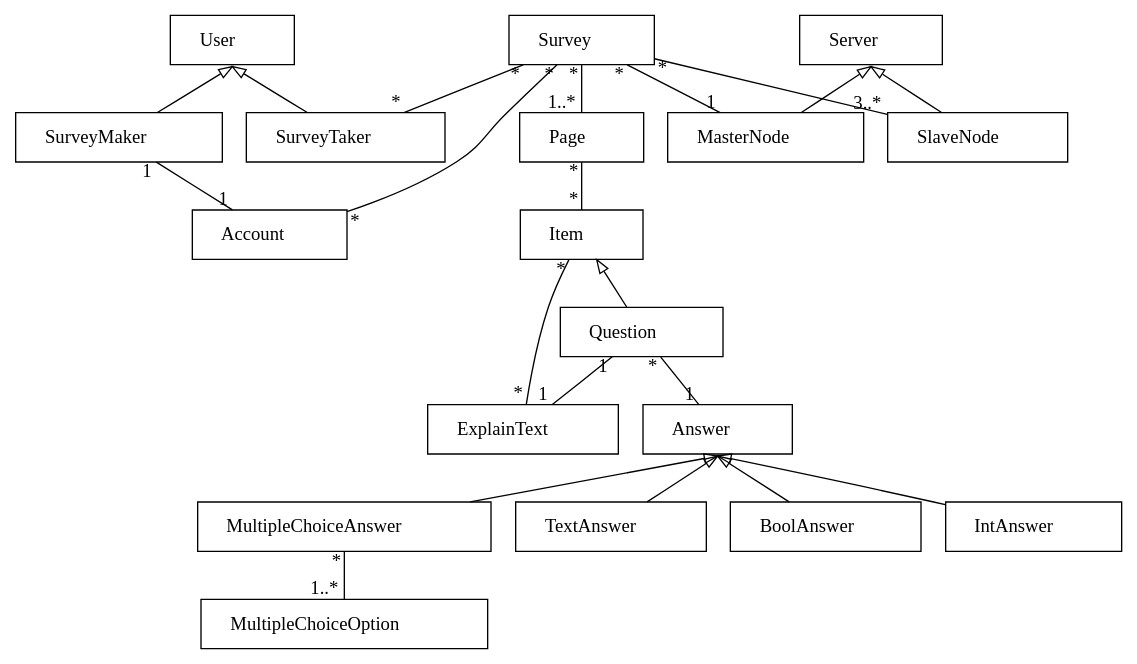
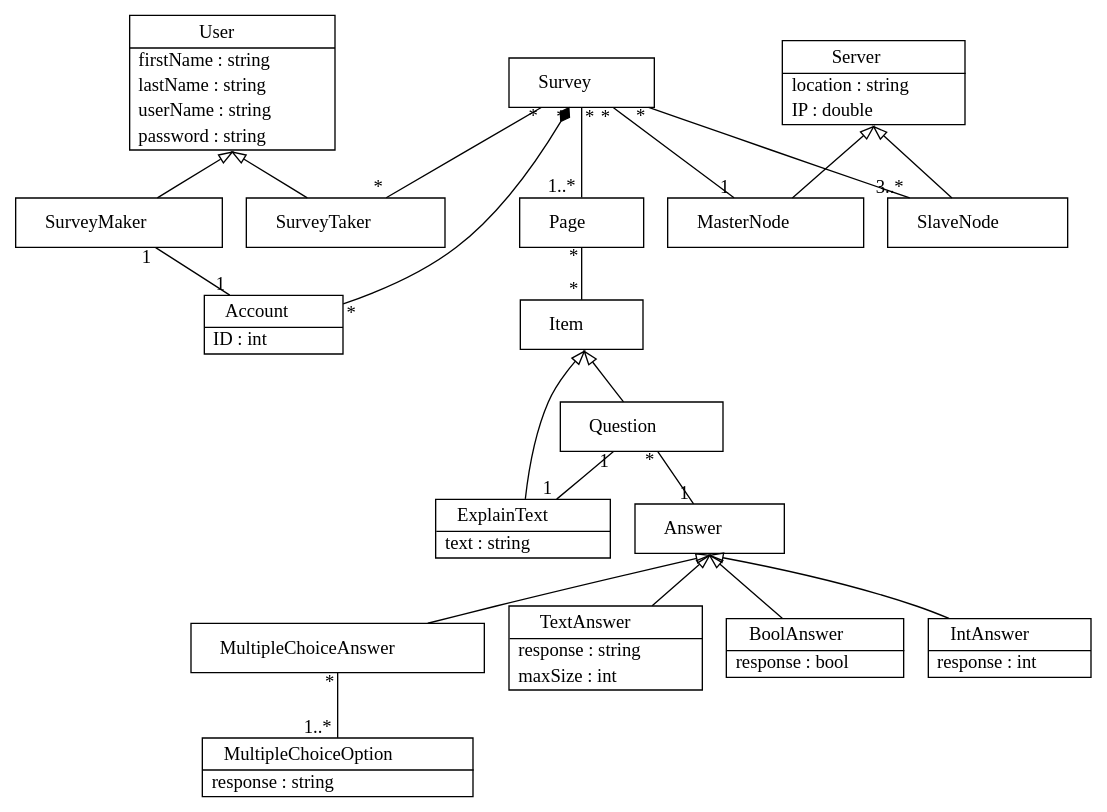
Before and after one commit to fletchto99/SEG2105: the diagram in Assignments/Assignment 4/Survey_Class_Diagramcd.gv, drawn with Graphviz. The commit also changed 5 other files, not shown here.

```diff
--- a/Assignments/Assignment 4/Survey_Class_Diagramcd.gv
+++ b/Assignments/Assignment 4/Survey_Class_Diagramcd.gv
@@ -1,128 +1,129 @@
 // Code generated by Umple 1.22.0.5146
 
 digraph "Survey_Class_Diagram" {
   size="80,10"
   rankdir="BT"
   node [shape=record margin=0; href="javascript:Action.selectClass(&quot;\N&quot;);"];
 
   // Class: User
-  "User" [shape=plaintext margin=0 label=<<table border="1" cellspacing="0" cellborder="0" cellpadding="10"><tr><td>    User    </td></tr></table>>,
+  "User" [shape=plaintext margin=0 label=<<table border="1" cellspacing="0" cellborder="0" cellpadding="2"><tr><td cellpadding="4">    User    </td></tr><hr/><tr><td align="left" href="" title="string firstName&#13;">  firstName : string  </td></tr><tr><td align="left" href="" title="string lastName&#13;">  lastName : string  </td></tr><tr><td align="left" href="" title="string userName&#13;">  userName : string  </td></tr><tr><td align="left" href="" title="string password&#13;">  password : string  </td></tr></table>>,
    tooltip="class User
 "];
 
   // Class: SurveyMaker
   "SurveyMaker" [shape=plaintext margin=0 label=<<table border="1" cellspacing="0" cellborder="0" cellpadding="10"><tr><td>    SurveyMaker    </td></tr></table>>,
    tooltip="class SurveyMaker
 "];
   "SurveyMaker" -> "User" [arrowhead="empty"; samehead="gen"];
 
 
   // Class: SurveyTaker
   "SurveyTaker" [shape=plaintext margin=0 label=<<table border="1" cellspacing="0" cellborder="0" cellpadding="10"><tr><td>    SurveyTaker    </td></tr></table>>,
    tooltip="class SurveyTaker
 "];
   "SurveyTaker" -> "User" [arrowhead="empty"; samehead="gen"];
 
 
   // Class: Account
-  "Account" [shape=plaintext margin=0 label=<<table border="1" cellspacing="0" cellborder="0" cellpadding="10"><tr><td>    Account    </td></tr></table>>,
+  "Account" [shape=plaintext margin=0 label=<<table border="1" cellspacing="0" cellborder="0" cellpadding="2"><tr><td cellpadding="4">    Account    </td></tr><hr/><tr><td align="left" href="" title="int ID&#13;">  ID : int  </td></tr></table>>,
    tooltip="class Account
 "];
 
   // Class: Survey
   "Survey" [shape=plaintext margin=0 label=<<table border="1" cellspacing="0" cellborder="0" cellpadding="10"><tr><td>    Survey    </td></tr></table>>,
    tooltip="class Survey
 "];
 
   // Class: Item
   "Item" [shape=plaintext margin=0 label=<<table border="1" cellspacing="0" cellborder="0" cellpadding="10"><tr><td>    Item    </td></tr></table>>,
    tooltip="class Item
 "];
 
   // Class: Page
   "Page" [shape=plaintext margin=0 label=<<table border="1" cellspacing="0" cellborder="0" cellpadding="10"><tr><td>    Page    </td></tr></table>>,
    tooltip="class Page
 "];
 
   // Class: ExplainText
-  "ExplainText" [shape=plaintext margin=0 label=<<table border="1" cellspacing="0" cellborder="0" cellpadding="10"><tr><td>    ExplainText    </td></tr></table>>,
+  "ExplainText" [shape=plaintext margin=0 label=<<table border="1" cellspacing="0" cellborder="0" cellpadding="2"><tr><td cellpadding="4">    ExplainText    </td></tr><hr/><tr><td align="left" href="" title="string text&#13;">  text : string  </td></tr></table>>,
    tooltip="class ExplainText
 "];
+  "ExplainText" -> "Item" [arrowhead="empty"; samehead="gen"];
+
 
   // Class: Answer
   "Answer" [shape=plaintext margin=0 label=<<table border="1" cellspacing="0" cellborder="0" cellpadding="10"><tr><td>    Answer    </td></tr></table>>,
    tooltip="class Answer
 "];
 
   // Class: MultipleChoiceAnswer
   "MultipleChoiceAnswer" [shape=plaintext margin=0 label=<<table border="1" cellspacing="0" cellborder="0" cellpadding="10"><tr><td>    MultipleChoiceAnswer    </td></tr></table>>,
    tooltip="class MultipleChoiceAnswer
 "];
   "MultipleChoiceAnswer" -> "Answer" [arrowhead="empty"; samehead="gen"];
 
 
   // Class: MultipleChoiceOption
-  "MultipleChoiceOption" [shape=plaintext margin=0 label=<<table border="1" cellspacing="0" cellborder="0" cellpadding="10"><tr><td>    MultipleChoiceOption    </td></tr></table>>,
+  "MultipleChoiceOption" [shape=plaintext margin=0 label=<<table border="1" cellspacing="0" cellborder="0" cellpadding="2"><tr><td cellpadding="4">    MultipleChoiceOption    </td></tr><hr/><tr><td align="left" href="" title="string response&#13;">  response : string  </td></tr></table>>,
    tooltip="class MultipleChoiceOption
 "];
 
   // Class: TextAnswer
-  "TextAnswer" [shape=plaintext margin=0 label=<<table border="1" cellspacing="0" cellborder="0" cellpadding="10"><tr><td>    TextAnswer    </td></tr></table>>,
+  "TextAnswer" [shape=plaintext margin=0 label=<<table border="1" cellspacing="0" cellborder="0" cellpadding="2"><tr><td cellpadding="4">    TextAnswer    </td></tr><hr/><tr><td align="left" href="" title="string response&#13;">  response : string  </td></tr><tr><td align="left" href="" title="int maxSize&#13;">  maxSize : int  </td></tr></table>>,
    tooltip="class TextAnswer
 "];
   "TextAnswer" -> "Answer" [arrowhead="empty"; samehead="gen"];
 
 
   // Class: Question
   "Question" [shape=plaintext margin=0 label=<<table border="1" cellspacing="0" cellborder="0" cellpadding="10"><tr><td>    Question    </td></tr></table>>,
    tooltip="class Question
 "];
   "Question" -> "Item" [arrowhead="empty"; samehead="gen"];
 
 
   // Class: BoolAnswer
-  "BoolAnswer" [shape=plaintext margin=0 label=<<table border="1" cellspacing="0" cellborder="0" cellpadding="10"><tr><td>    BoolAnswer    </td></tr></table>>,
+  "BoolAnswer" [shape=plaintext margin=0 label=<<table border="1" cellspacing="0" cellborder="0" cellpadding="2"><tr><td cellpadding="4">    BoolAnswer    </td></tr><hr/><tr><td align="left" href="" title="bool response&#13;">  response : bool  </td></tr></table>>,
    tooltip="class BoolAnswer
 "];
   "BoolAnswer" -> "Answer" [arrowhead="empty"; samehead="gen"];
 
 
   // Class: IntAnswer
-  "IntAnswer" [shape=plaintext margin=0 label=<<table border="1" cellspacing="0" cellborder="0" cellpadding="10"><tr><td>    IntAnswer    </td></tr></table>>,
+  "IntAnswer" [shape=plaintext margin=0 label=<<table border="1" cellspacing="0" cellborder="0" cellpadding="2"><tr><td cellpadding="4">    IntAnswer    </td></tr><hr/><tr><td align="left" href="" title="int response&#13;">  response : int  </td></tr></table>>,
    tooltip="class IntAnswer
 "];
   "IntAnswer" -> "Answer" [arrowhead="empty"; samehead="gen"];
 
 
   // Class: Server
-  "Server" [shape=plaintext margin=0 label=<<table border="1" cellspacing="0" cellborder="0" cellpadding="10"><tr><td>    Server    </td></tr></table>>,
+  "Server" [shape=plaintext margin=0 label=<<table border="1" cellspacing="0" cellborder="0" cellpadding="2"><tr><td cellpadding="4">    Server    </td></tr><hr/><tr><td align="left" href="" title="string location&#13;">  location : string  </td></tr><tr><td align="left" href="" title="double IP&#13;">  IP : double  </td></tr></table>>,
    tooltip="class Server
 "];
 
   // Class: MasterNode
   "MasterNode" [shape=plaintext margin=0 label=<<table border="1" cellspacing="0" cellborder="0" cellpadding="10"><tr><td>    MasterNode    </td></tr></table>>,
    tooltip="class MasterNode
 "];
   "MasterNode" -> "Server" [arrowhead="empty"; samehead="gen"];
 
 
   // Class: SlaveNode
   "SlaveNode" [shape=plaintext margin=0 label=<<table border="1" cellspacing="0" cellborder="0" cellpadding="10"><tr><td>    SlaveNode    </td></tr></table>>,
    tooltip="class SlaveNode
 "];
   "SlaveNode" -> "Server" [arrowhead="empty"; samehead="gen"];
 
 
   // All associations
   "SurveyTaker" -> "Survey" [dir="none", taillabel="* ", headlabel="* ", tooltip="SurveyTaker *  -- *  Survey"];
   "Account" -> "SurveyMaker" [dir="none", taillabel="1 ", headlabel="1 ", tooltip="Account 1  -- 1  SurveyMaker"];
-  "Account" -> "Survey" [dir="none", taillabel="* ", headlabel="* ", tooltip="Account *  -- *  Survey"];
+  "Account" -> "Survey" [dir="forward", arrowhead="diamond", taillabel="* ", headlabel="* ", tooltip="Account *  -<@> *  Survey"];
   "Item" -> "Page" [dir="none", taillabel="* ", headlabel="* ", tooltip="Item *  -- *  Page"];
   "Page" -> "Survey" [dir="none", taillabel="1..* ", headlabel="* ", tooltip="Page 1..*  -- *  Survey"];
-  "ExplainText" -> "Item" [dir="none", taillabel="* ", headlabel="* ", tooltip="ExplainText *  -- *  Item"];
   "ExplainText" -> "Question" [dir="none", taillabel="1 ", headlabel="1 ", tooltip="ExplainText 1  -- 1  Question"];
   "Answer" -> "Question" [dir="none", taillabel="1 ", headlabel="* ", tooltip="Answer 1  -- *  Question"];
   "MultipleChoiceOption" -> "MultipleChoiceAnswer" [dir="none", taillabel="1..* ", headlabel="* ", tooltip="MultipleChoiceOption 1..*  -- *  MultipleChoiceAnswer"];
   "MasterNode" -> "Survey" [dir="none", taillabel="1 ", headlabel="* ", tooltip="MasterNode 1  -- *  Survey"];
   "SlaveNode" -> "Survey" [dir="none", taillabel="3..* ", headlabel="* ", tooltip="SlaveNode 3..*  -- *  Survey"];
 }
```
